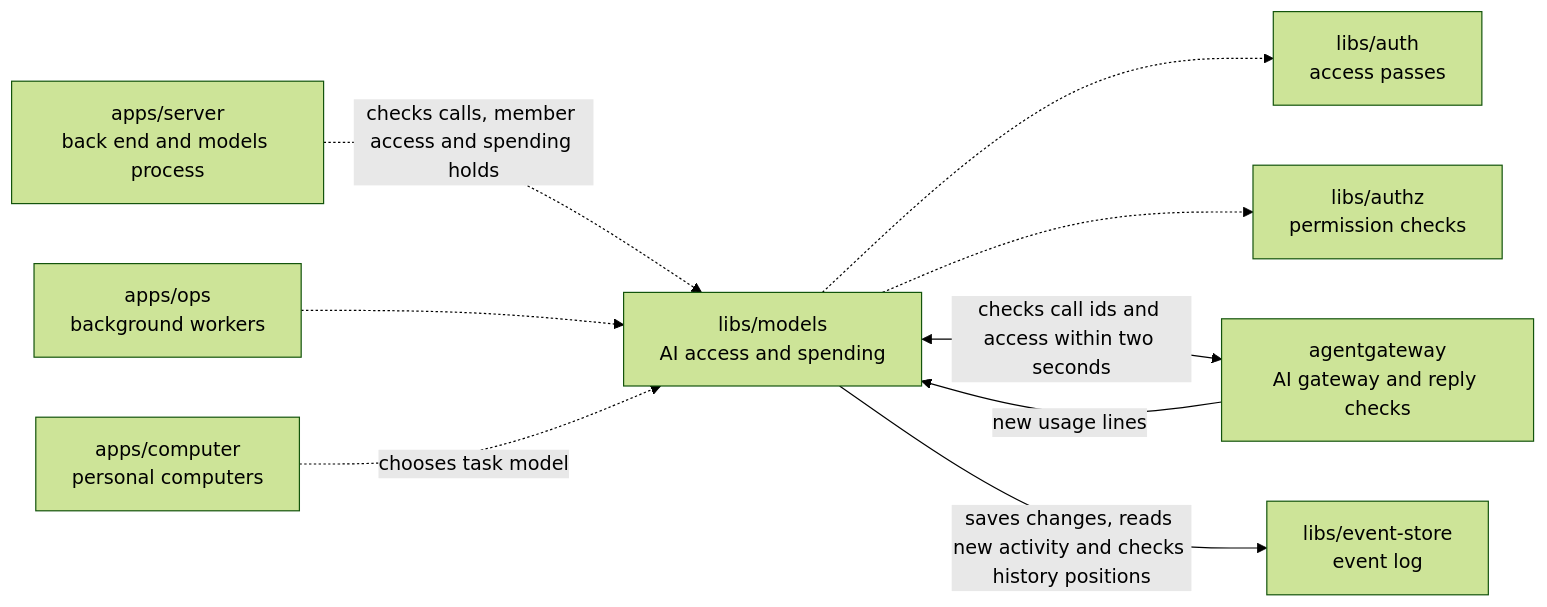
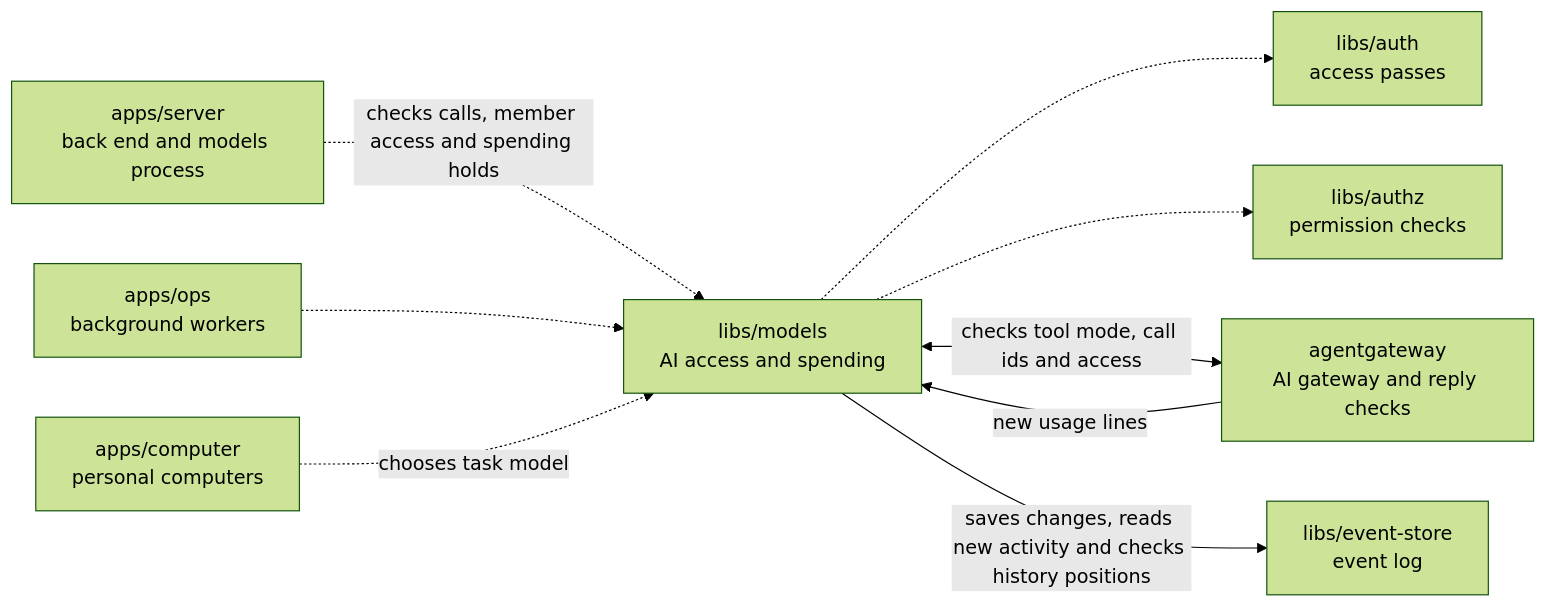
The diagram in libs/models/README.md (elewa-git/opencrane-new), drawn with Mermaid (forest theme) before and after one commit. The commit also changed other lines of this file and 27 other files, not shown here.

````diff
--- a/libs/models/README.md
+++ b/libs/models/README.md
@@ -11,11 +11,11 @@
 ```mermaid
 flowchart LR
   server["apps/server<br/>back end and models process"] -.->|checks calls, member access and spending holds| models["libs/models<br/>AI access and spending"]
   ops["apps/ops<br/>background workers"] -.-> models
   computer["apps/computer<br/>personal computers"] -.->|chooses task model| models
   models -.-> auth["libs/auth<br/>access passes"]
   models -.-> authz["libs/authz<br/>permission checks"]
-  models <-->|checks call ids and access within two seconds| gateway["agentgateway<br/>AI gateway and reply checks"]
+  models <-->|checks tool mode, call ids and access| gateway["agentgateway<br/>AI gateway and reply checks"]
   gateway -->|new usage lines| models
   models -->|saves changes, reads new activity and checks history positions| store["libs/event-store<br/>event log"]
 ```
````
